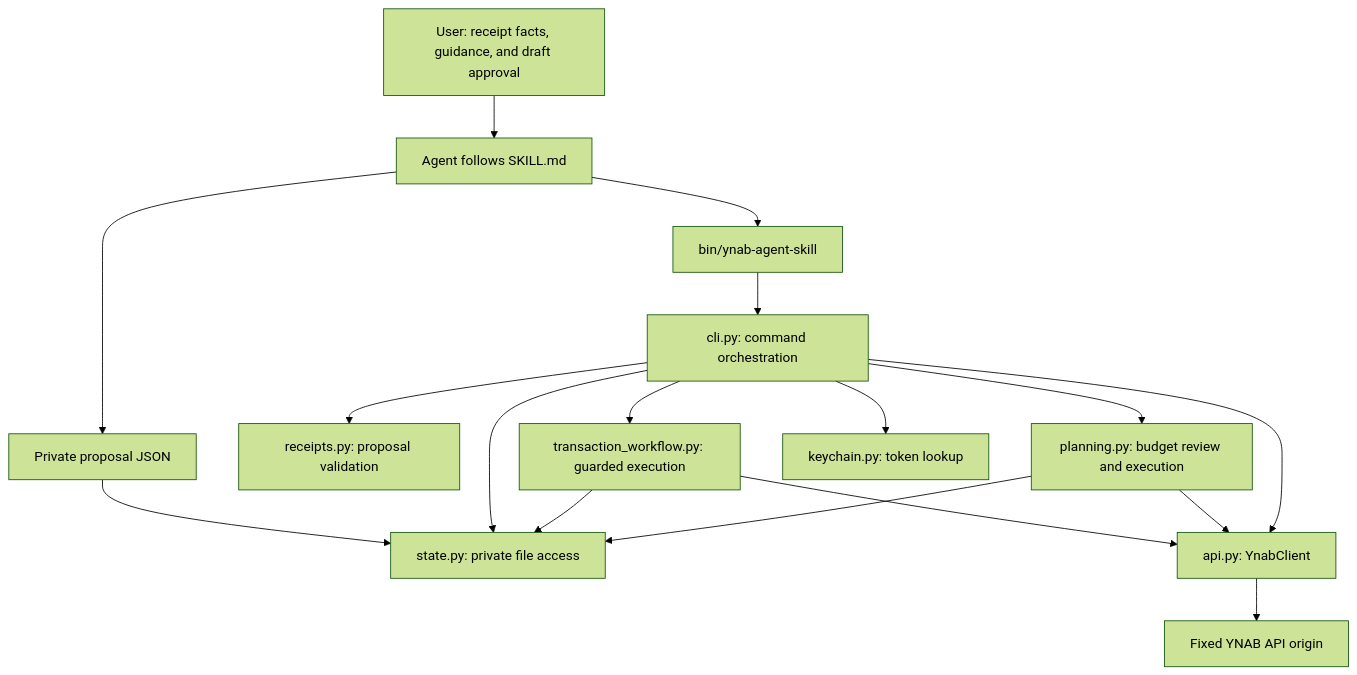
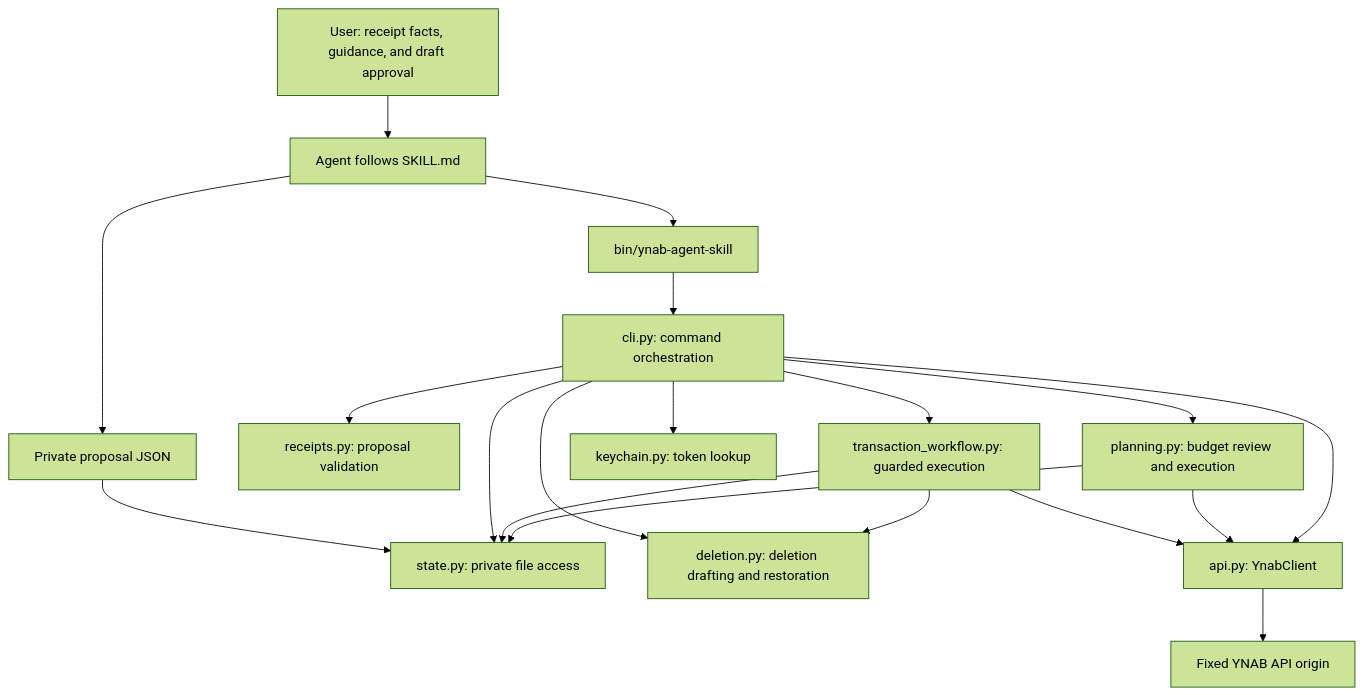
Before and after one commit to daryldimalanta/ynab-agent-skill: the first of 2 diagrams in ARCHITECTURE.md, drawn with Mermaid (forest theme). The commit also changed other lines of this file and 14 other files, not shown here.

Commit message:
Implement guarded transaction deletion and restoration (0.8.0)

````diff
--- a/ARCHITECTURE.md
+++ b/ARCHITECTURE.md
@@ -75,19 +76,21 @@
 ```mermaid
 flowchart TD
     User[User: receipt facts, guidance, and draft approval] --> Skill[Agent follows SKILL.md]
     Skill --> Proposal[Private proposal JSON]
     Skill --> Launcher[bin/ynab-agent-skill]
     Launcher --> CLI[cli.py: command orchestration]
     Proposal --> State[state.py: private file access]
     CLI --> State
     CLI --> Receipts[receipts.py: proposal validation]
+    CLI --> Deletion[deletion.py: deletion drafting and restoration]
     CLI --> Workflow[transaction_workflow.py: guarded execution]
+    Workflow --> Deletion
     Workflow --> State
     Workflow --> API
     CLI --> Planning[planning.py: budget review and execution]
     Planning --> State
     Planning --> API
     CLI --> Keychain[keychain.py: token lookup]
     CLI --> API[api.py: YnabClient]
     API --> YNAB[Fixed YNAB API origin]
 ```
````
